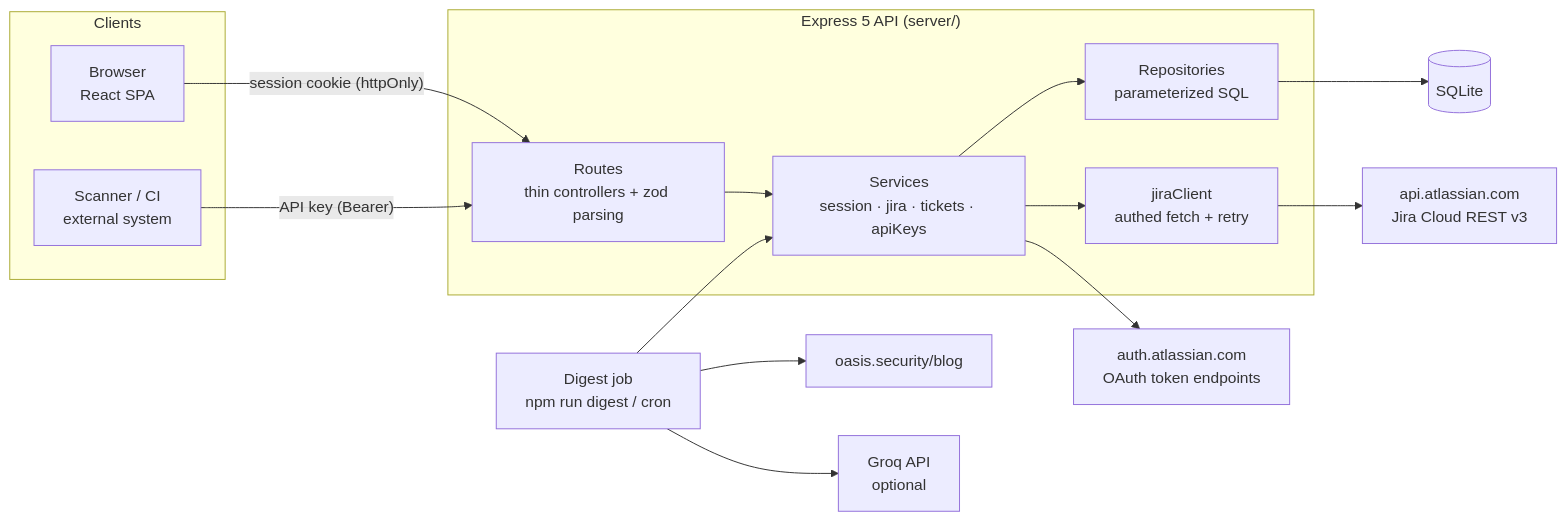
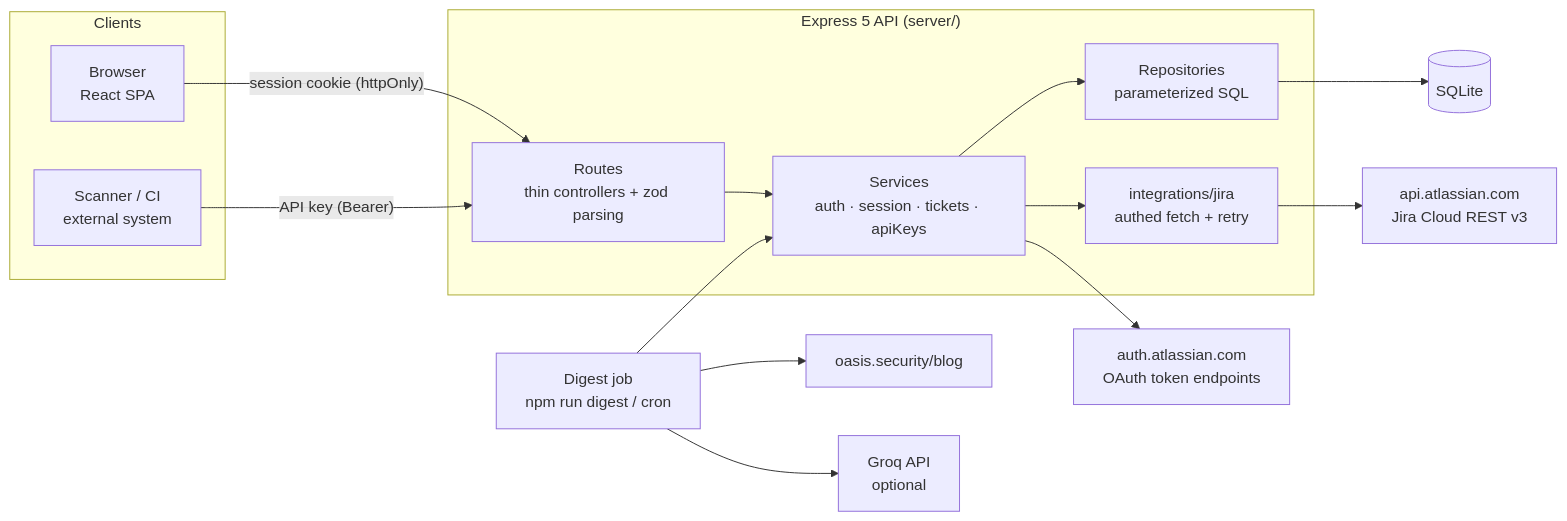
Before and after one commit to lerman01/IdentityHub: the first of 4 diagrams in docs/ARCHITECTURE.md, drawn with Mermaid. The commit also changed other lines of this file and 50 other files, not shown here.

````diff
--- a/docs/ARCHITECTURE.md
+++ b/docs/ARCHITECTURE.md
@@ -5,29 +5,29 @@
 ```mermaid
 flowchart LR
     subgraph Clients
         B[Browser<br/>React SPA]
         S[Scanner / CI<br/>external system]
     end
 
     subgraph Server["Express 5 API (server/)"]
         R[Routes<br/>thin controllers + zod parsing]
-        SV[Services<br/>session · jira · tickets · apiKeys]
+        SV[Services<br/>auth · session · tickets · apiKeys]
         RP[Repositories<br/>parameterized SQL]
-        JC[jiraClient<br/>authed fetch + retry]
+        JC[integrations/jira<br/>authed fetch + retry]
     end
 
     DB[(SQLite)]
     AT[auth.atlassian.com<br/>OAuth token endpoints]
     JA[api.atlassian.com<br/>Jira Cloud REST v3]
     BLOG[oasis.security/blog]
     GROQ[Groq API<br/>optional]
 
     B -- "session cookie (httpOnly)" --> R
     S -- "API key (Bearer)" --> R
     R --> SV --> RP --> DB
     SV --> JC --> JA
     SV --> AT
     D[Digest job<br/>npm run digest / cron] --> SV
     D --> BLOG
     D --> GROQ
 ```
````
